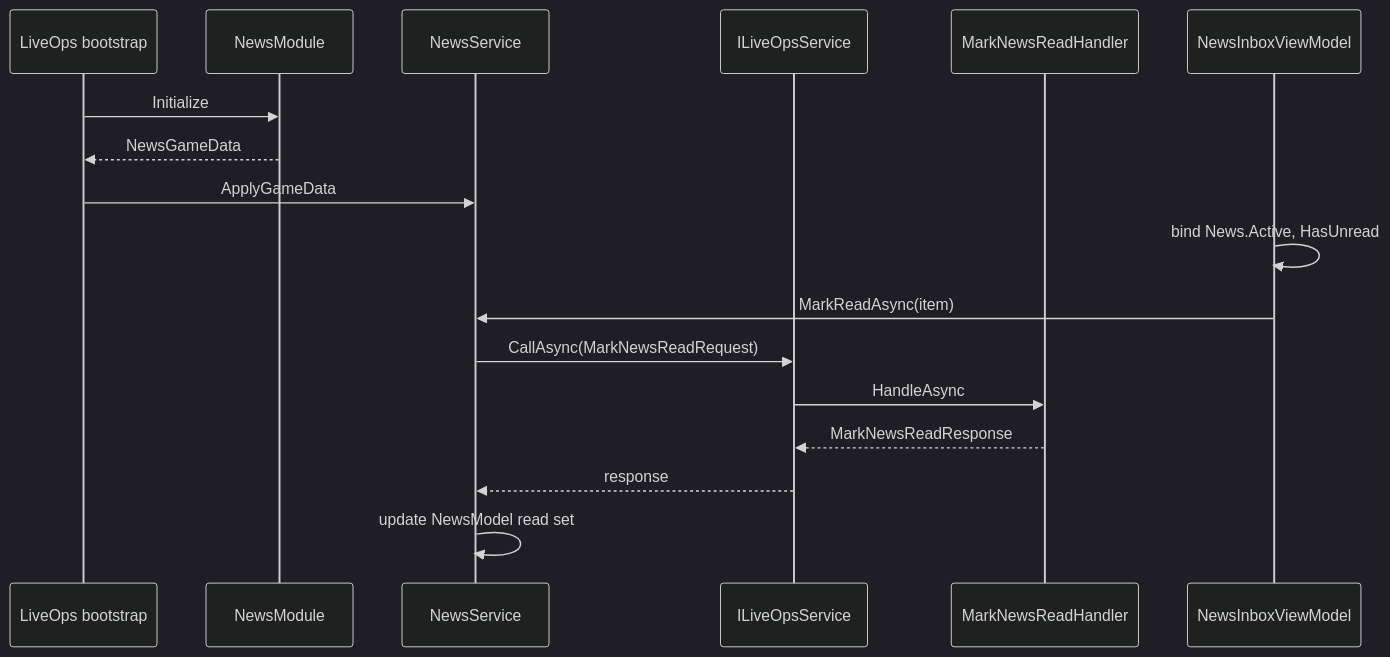
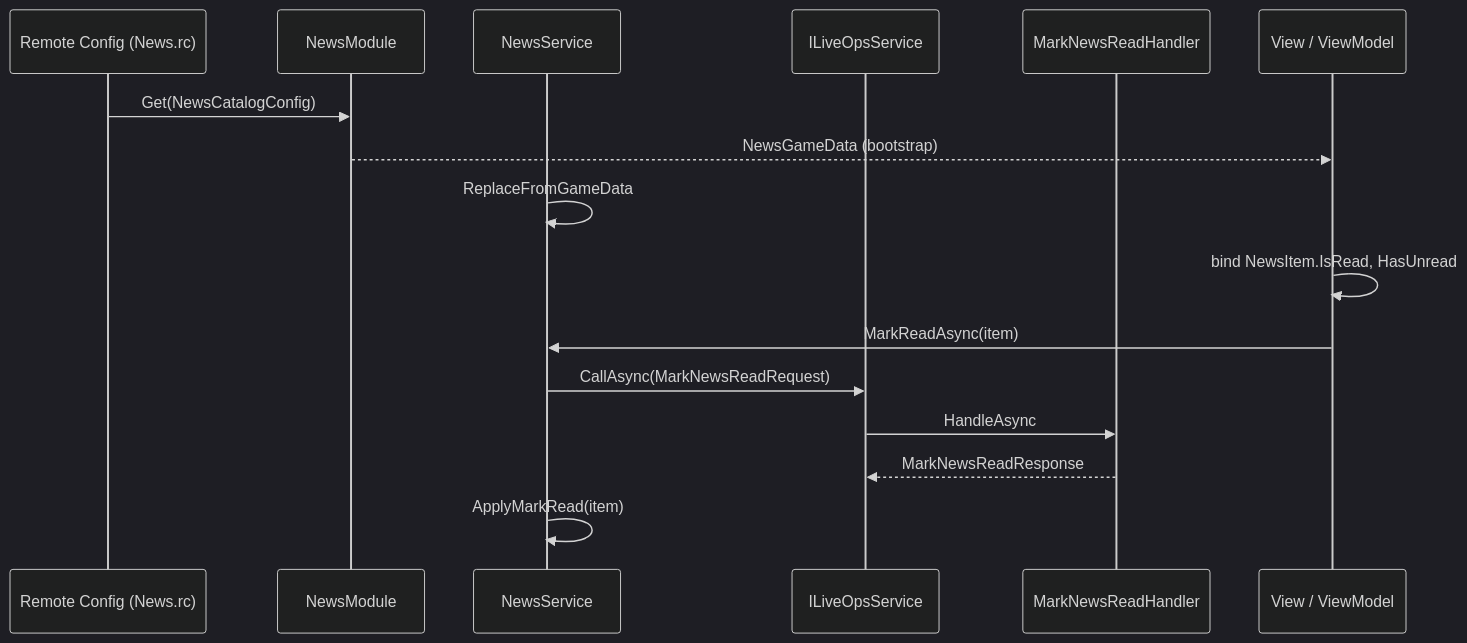
One commit to DuckDuckWeasel/Gear-Engine changed the diagram in Docs/News-State-And-Services-Implementation-Guide.md. Above: the diagram before and after it, drawn with Mermaid (dark theme). The commit also changed other lines of this file, not shown here.

Commit message:
docs: align News guide with standards (IsRead on row, no RelayCommand, RC authoring)

````diff
--- a/Docs/News-State-And-Services-Implementation-Guide.md
+++ b/Docs/News-State-And-Services-Implementation-Guide.md
@@ -366,20 +531,19 @@
 ```mermaid
 sequenceDiagram
-    participant Boot as LiveOps bootstrap
+    participant RC as Remote Config (News.rc)
     participant Mod as NewsModule
     participant Svc as NewsService
     participant L as ILiveOpsService
     participant H as MarkNewsReadHandler
-    participant UI as NewsInboxViewModel
+    participant UI as View / ViewModel
 
-    Boot->>Mod: Initialize
-    Mod-->>Boot: NewsGameData
-    Boot->>Svc: ApplyGameData
-    UI->>UI: bind News.Active, HasUnread
+    RC->>Mod: Get(NewsCatalogConfig)
+    Mod-->>UI: NewsGameData (bootstrap)
+    Svc->>Svc: ReplaceFromGameData
+    UI->>UI: bind NewsItem.IsRead, HasUnread
     UI->>Svc: MarkReadAsync(item)
     Svc->>L: CallAsync(MarkNewsReadRequest)
     L->>H: HandleAsync
     H-->>L: MarkNewsReadResponse
-    L-->>Svc: response
-    Svc->>Svc: update NewsModel read set
+    Svc->>Svc: ApplyMarkRead(item)
 ```
````
